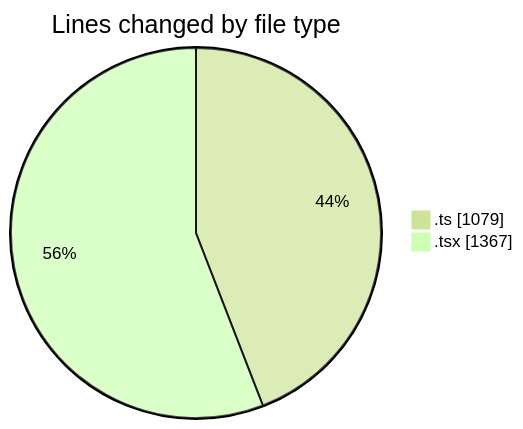
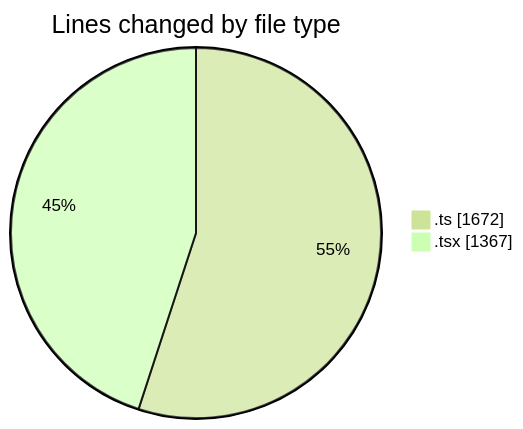
Before and after one commit to nxtqubesakshisongat/code-tracking: the first of 2 diagrams in 2026-08-21/nxtqube_webapp/README.md, drawn with Mermaid (forest theme). The commit also changed other lines of this file and 1 other file, not shown here.

````diff
--- a/2026-08-21/nxtqube_webapp/README.md
+++ b/2026-08-21/nxtqube_webapp/README.md
@@ -29,6 +30,6 @@
 ```mermaid
 pie showData
 title Lines changed by file type
-".ts" : 1079
+".ts" : 1672
 ".tsx" : 1367
 ```
````
